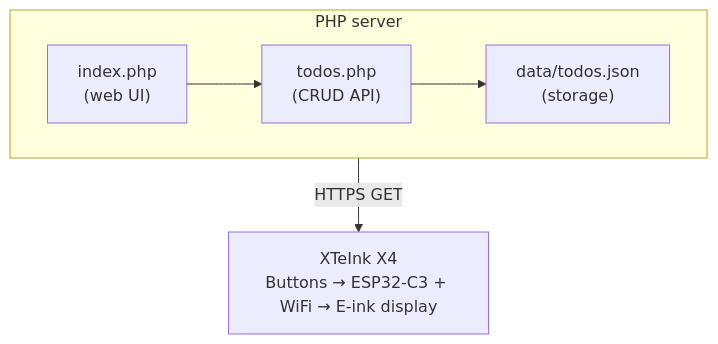
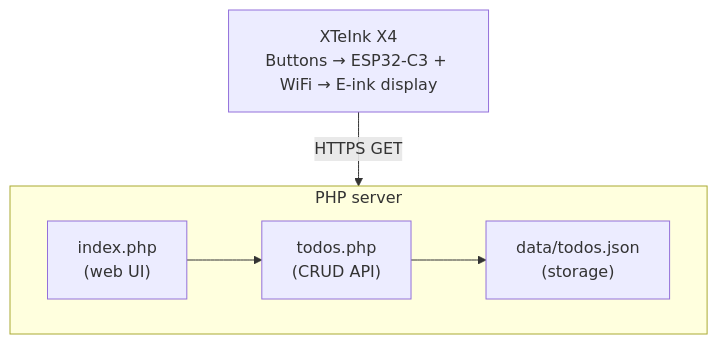
One commit to pocmaker42/xteink-todo changed the diagram in README.md. Above: the diagram before and after it, drawn with Mermaid. The commit also changed other lines of this file and 1 other file, not shown here.

````diff
--- a/README.md
+++ b/README.md
@@ -17,12 +17,12 @@
 ```mermaid
 flowchart TB
   subgraph server["PHP server"]
     direction LR
     ui["index.php<br/>(web UI)"] --> api["todos.php<br/>(CRUD API)"]
     api --> store["data/todos.json<br/>(storage)"]
   end
 
   device["XTeInk X4<br/>Buttons → ESP32-C3 + WiFi → E-ink display"]
 
-  api -->|"HTTPS GET"| device
+  device -->|"HTTPS GET"| api
 ```
````
